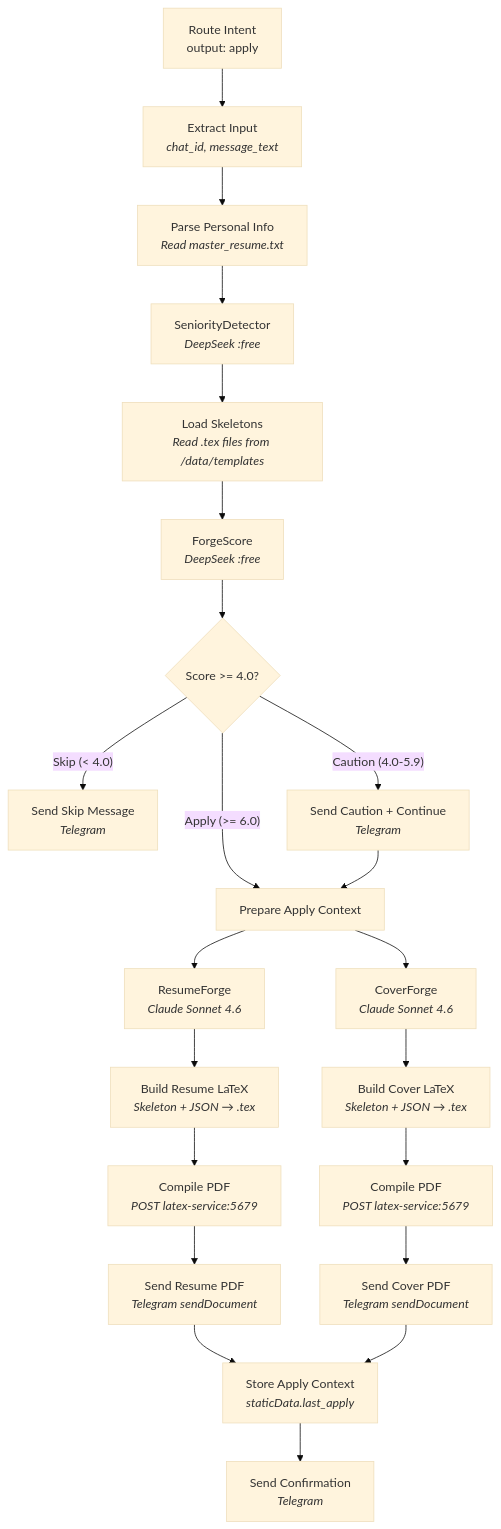
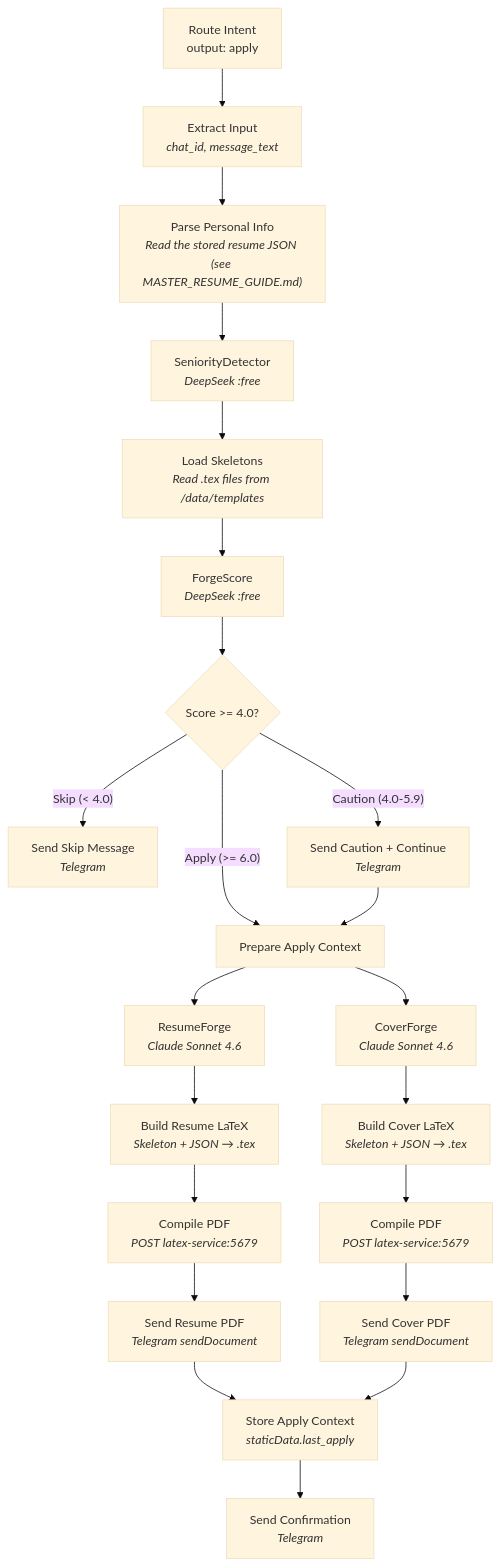
One commit to Career-Forge/n8n changed the second of 4 diagrams in docs/ARCHITECTURE.md. Above: the diagram before and after it, drawn with Mermaid (base theme). The commit also changed other lines of this file and 12 other files, not shown here.

````diff
--- a/docs/ARCHITECTURE.md
+++ b/docs/ARCHITECTURE.md
@@ -48,30 +48,30 @@
 ```mermaid
 flowchart TD
     START["Route Intent<br/>output: apply"] --> EXTRACT["Extract Input<br/><i>chat_id, message_text</i>"]
-    EXTRACT --> PARSE["Parse Personal Info<br/><i>Read master_resume.txt</i>"]
+    EXTRACT --> PARSE["Parse Personal Info<br/><i>Read the stored resume JSON (see MASTER_RESUME_GUIDE.md)</i>"]
     PARSE --> SENIORITY["SeniorityDetector<br/><i>DeepSeek :free</i>"]
     SENIORITY --> LOAD["Load Skeletons<br/><i>Read .tex files from /data/templates</i>"]
     LOAD --> FORGESCORE["ForgeScore<br/><i>DeepSeek :free</i>"]
     FORGESCORE --> GATE{"Score >= 4.0?"}
 
     GATE -->|"Skip (< 4.0)"| SKIP_MSG["Send Skip Message<br/><i>Telegram</i>"]
     GATE -->|"Caution (4.0-5.9)"| CAUTION_MSG["Send Caution + Continue<br/><i>Telegram</i>"]
     GATE -->|"Apply (>= 6.0)"| PREP["Prepare Apply Context"]
     CAUTION_MSG --> PREP
 
     PREP --> RESUME_FORGE["ResumeForge<br/><i>Claude Sonnet 4.6</i>"]
     PREP --> COVER_FORGE["CoverForge<br/><i>Claude Sonnet 4.6</i>"]
 
     RESUME_FORGE --> BUILD_R["Build Resume LaTeX<br/><i>Skeleton + JSON → .tex</i>"]
     COVER_FORGE --> BUILD_C["Build Cover LaTeX<br/><i>Skeleton + JSON → .tex</i>"]
 
     BUILD_R --> COMPILE_R["Compile PDF<br/><i>POST latex-service:5679</i>"]
     BUILD_C --> COMPILE_C["Compile PDF<br/><i>POST latex-service:5679</i>"]
 
     COMPILE_R --> SEND_R["Send Resume PDF<br/><i>Telegram sendDocument</i>"]
     COMPILE_C --> SEND_C["Send Cover PDF<br/><i>Telegram sendDocument</i>"]
 
     SEND_R --> STORE["Store Apply Context<br/><i>staticData.last_apply</i>"]
     SEND_C --> STORE
     STORE --> DONE["Send Confirmation<br/><i>Telegram</i>"]
 ```
````
